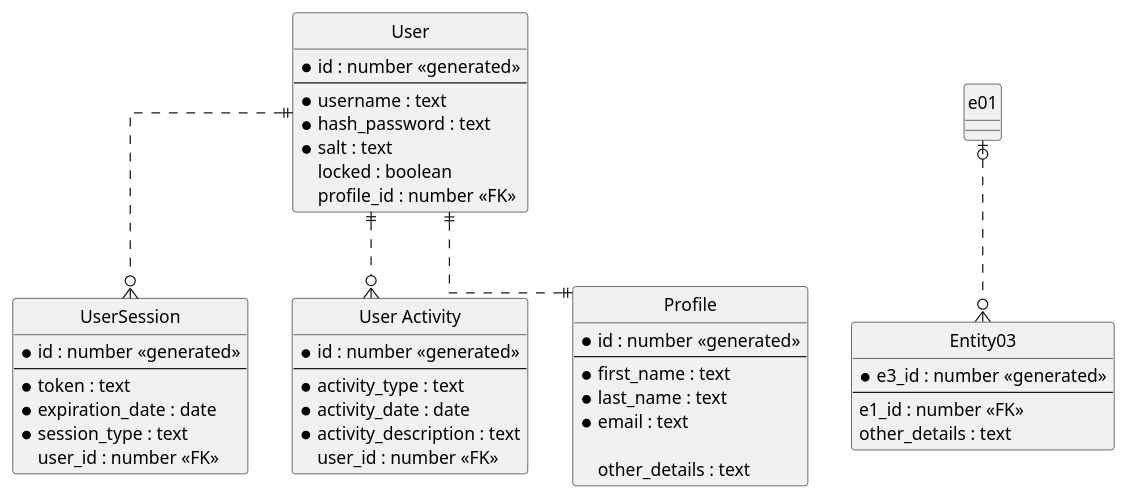
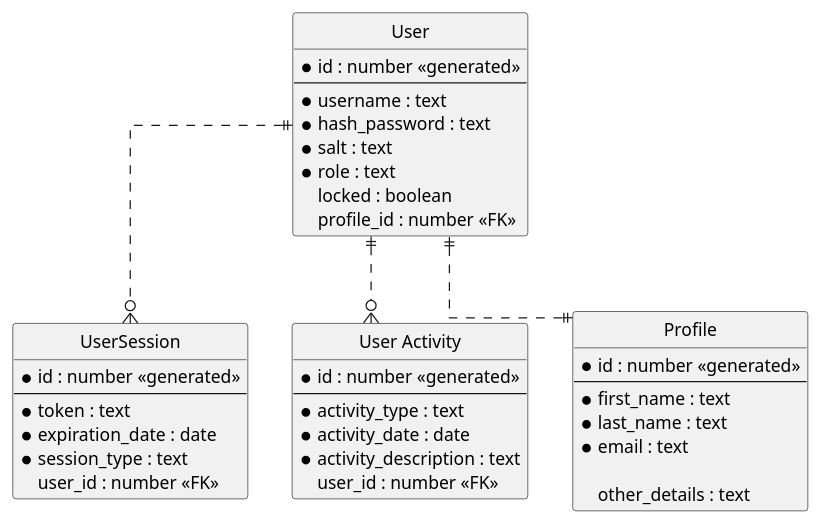
Before and after one commit to harlanjim/annie-service: the diagram in Entities.puml, drawn with PlantUML. The commit also changed 2 other files, not shown here.

```diff
--- a/Entities.puml
+++ b/Entities.puml
@@ -1,59 +1,54 @@
 @startuml
 
 ' hide the spot
 hide circle
 
 ' avoid problems with angled crows feet
 skinparam linetype ortho
 
 entity "User" as user {
   *id : number <<generated>>
   --
   *username : text
   *hash_password : text
   *salt : text
+  *role : text
   locked : boolean
   profile_id : number <<FK>>
 }
 
 entity "UserSession" as usersession {
   *id : number <<generated>>
   --
   *token : text
   *expiration_date : date
   *session_type : text
   user_id : number <<FK>>
 }
 
 entity "User Activity" as useractivity {
   *id : number <<generated>>
   --
   *activity_type : text
   *activity_date : date
   *activity_description : text
   user_id : number <<FK>>
 }
 
 entity "Profile" as profile {
   *id : number <<generated>>
   --
   *first_name : text
   *last_name : text
   *email : text
 
   other_details : text
 }
 
-entity "Entity03" as e03 {
-  *e3_id : number <<generated>>
-  --
-  e1_id : number <<FK>>
-  other_details : text
-}
 
 user ||..o{ usersession
 user ||..|| profile
 user ||..o{ useractivity
-e01 |o..o{ e03
+' e01 |o..o{ e03
 
 @enduml
```
